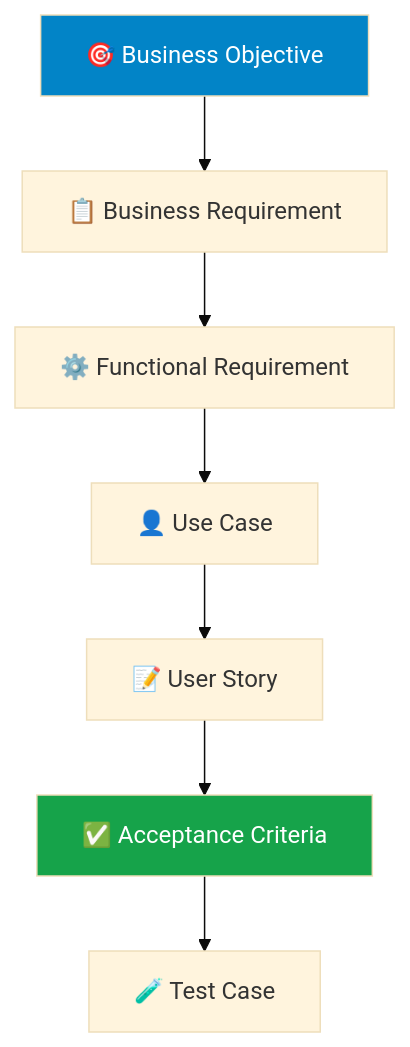
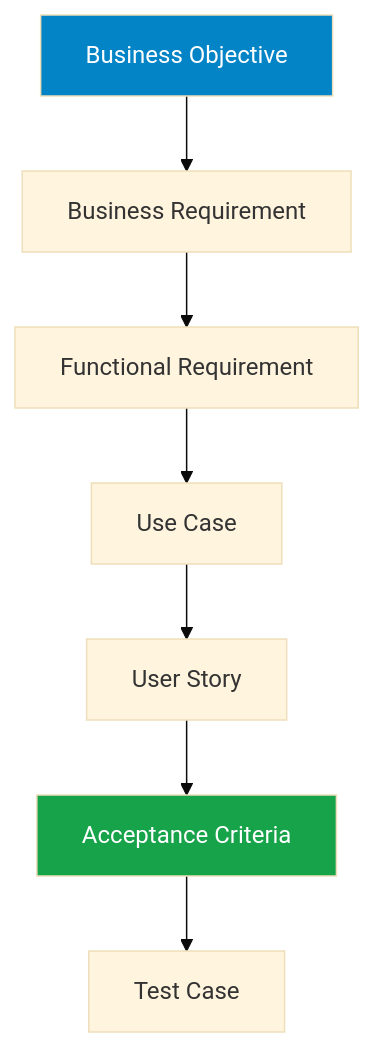
One commit to Yn1ro/pocket-garage changed the fifth of 6 diagrams in docs/ru/requirements/business-requirements.md. Above: the diagram before and after it, drawn with Mermaid (base theme). The commit also changed other lines of this file, not shown here.

````diff
--- a/docs/ru/requirements/business-requirements.md
+++ b/docs/ru/requirements/business-requirements.md
@@ -170,13 +170,13 @@
 ```mermaid
 graph TD
-    BO[🎯 Business Objective] --> BR[📋 Business Requirement]
-    BR --> FR[⚙️ Functional Requirement]
-    FR --> UC[👤 Use Case]
-    UC --> US[📝 User Story]
-    US --> AC[✅ Acceptance Criteria]
-    AC --> TC[🧪 Test Case]
+    BO[ Business Objective] --> BR[ Business Requirement]
+    BR --> FR[ Functional Requirement]
+    FR --> UC[ Use Case]
+    UC --> US[ User Story]
+    US --> AC[ Acceptance Criteria]
+    AC --> TC[ Test Case]
 
     style BO fill:#0284c7,color:#fff
     style AC fill:#16a34a,color:#fff
 
 ```
````
